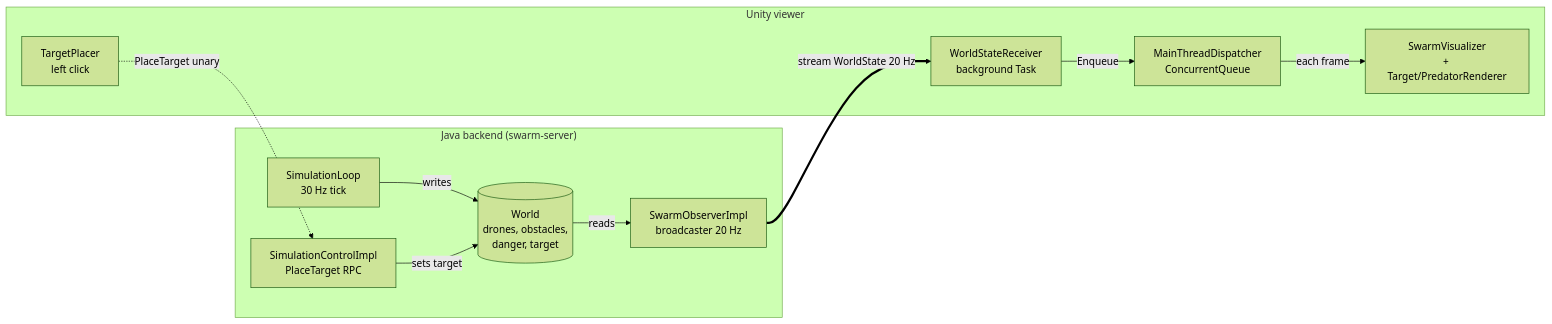
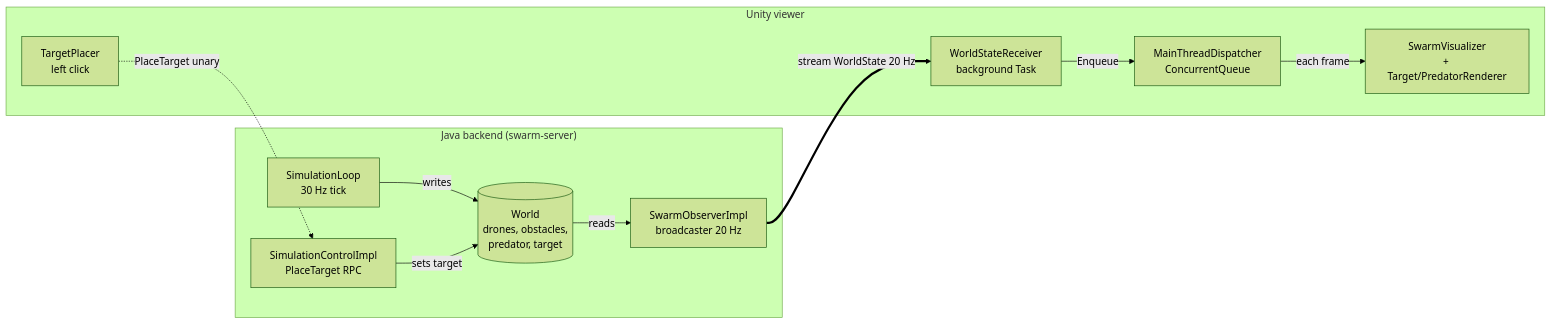
Before and after one commit to gakkel-labs/swarm-simulator: the first of 5 diagrams in docs/architecture.md, drawn with Mermaid (forest theme). The commit also changed other lines of this file and 14 other files, not shown here.

````diff
--- a/docs/architecture.md
+++ b/docs/architecture.md
@@ -18,24 +18,24 @@
 ```mermaid
 flowchart LR
     subgraph Backend["Java backend (swarm-server)"]
         SIM[SimulationLoop<br/>30 Hz tick]
-        WORLD[(World<br/>drones, obstacles,<br/>danger, target)]
+        WORLD[(World<br/>drones, obstacles,<br/>predator, target)]
         BCAST[SwarmObserverImpl<br/>broadcaster 20 Hz]
         CTRL[SimulationControlImpl<br/>PlaceTarget RPC]
         SIM -->|writes| WORLD
         WORLD -->|reads| BCAST
         CTRL -->|sets target| WORLD
     end
 
     subgraph Unity["Unity viewer"]
         RECV[WorldStateReceiver<br/>background Task]
         DISP[MainThreadDispatcher<br/>ConcurrentQueue]
         VIZ[SwarmVisualizer<br/>+ Target/PredatorRenderer]
         PLACE[TargetPlacer<br/>left click]
         RECV -->|Enqueue| DISP
         DISP -->|each frame| VIZ
     end
 
     BCAST ==>|stream WorldState 20 Hz| RECV
     PLACE -.->|PlaceTarget unary| CTRL
 ```
````
